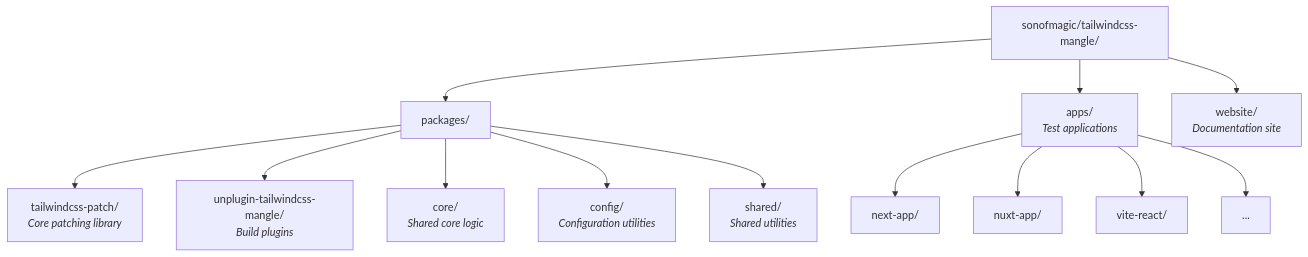
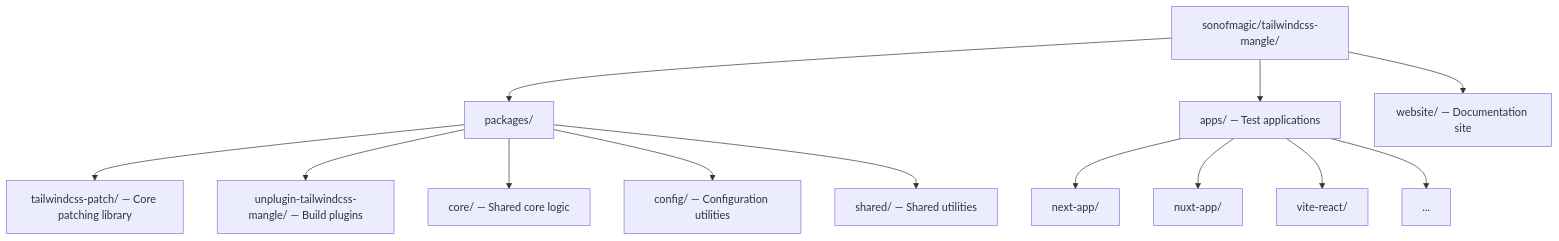
Before and after one commit to josedacosta/tailwindcss-obfuscator: the second of 2 diagrams in docs/research/ecosystem.md, drawn with Mermaid. The commit also changed other lines of this file and 1 other file, not shown here.

Commit message:
fix(docs): mermaid v11 syntax error in ecosystem page (#125)
Mermaid v11.14.0 rejected the diagram on /research/ecosystem (« Mangle
Ecosystem ») — stricter HTML parser. Rewrote node labels without <sub> /
self-closing <br/> / quoted edge labels with embedded <br/>.

````diff
--- a/docs/research/ecosystem.md
+++ b/docs/research/ecosystem.md
@@ -97,16 +97,16 @@
 ```mermaid
 flowchart TD
     R[sonofmagic/tailwindcss-mangle/]
     R --> P[packages/]
-    R --> A[apps/<br/><i>Test applications</i>]
-    R --> W[website/<br/><i>Documentation site</i>]
-    P --> P1[tailwindcss-patch/<br/><i>Core patching library</i>]
-    P --> P2[unplugin-tailwindcss-mangle/<br/><i>Build plugins</i>]
-    P --> P3[core/<br/><i>Shared core logic</i>]
-    P --> P4[config/<br/><i>Configuration utilities</i>]
-    P --> P5[shared/<br/><i>Shared utilities</i>]
+    R --> A["apps/ — Test applications"]
+    R --> W["website/ — Documentation site"]
+    P --> P1["tailwindcss-patch/ — Core patching library"]
+    P --> P2["unplugin-tailwindcss-mangle/ — Build plugins"]
+    P --> P3["core/ — Shared core logic"]
+    P --> P4["config/ — Configuration utilities"]
+    P --> P5["shared/ — Shared utilities"]
     A --> A1[next-app/]
     A --> A2[nuxt-app/]
     A --> A3[vite-react/]
     A --> A4[...]
 ```
````
